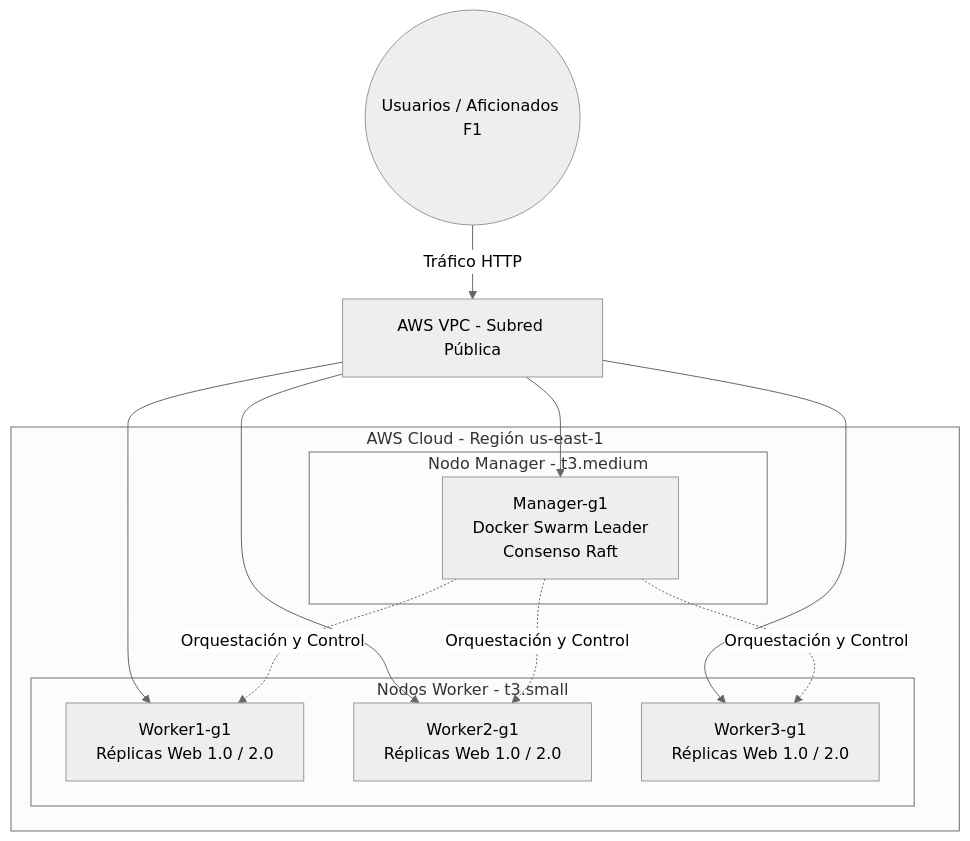
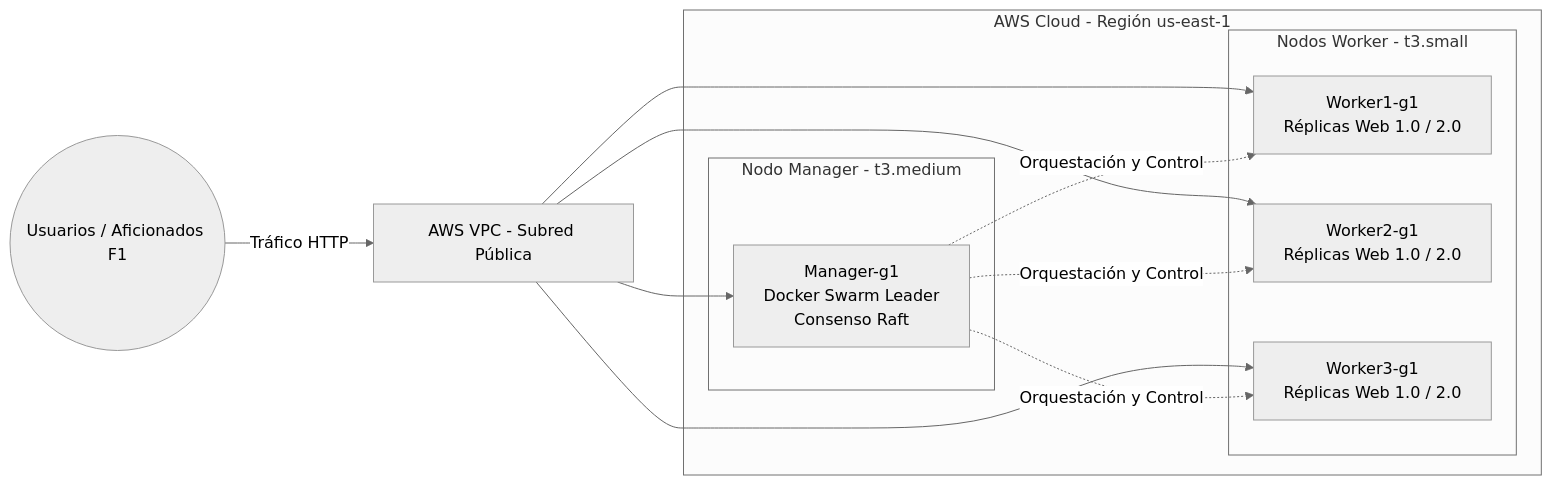
Before and after one commit to roberttgal/Grupo1_Cloud: the diagram in diagramas/diagrama.md, drawn with Mermaid (neutral theme).

Commit message:
Change diagram direction from TD to LR

````diff
--- a/diagramas/diagrama.md
+++ b/diagramas/diagrama.md
@@ -3,24 +3,24 @@
 ```mermaid
-graph TD
+graph LR
     Client((Usuarios / Aficionados F1)) -->|Tráfico HTTP| VPC[AWS VPC - Subred Pública]
     
     subgraph AWS Cloud - Región us-east-1
         subgraph Nodo Manager - t3.medium
             M1[Manager-g1 <br/> Docker Swarm Leader <br/> Consenso Raft]
         end
         
         subgraph Nodos Worker - t3.small
             W1[Worker1-g1 <br/> Réplicas Web 1.0 / 2.0]
             W2[Worker2-g1 <br/> Réplicas Web 1.0 / 2.0]
             W3[Worker3-g1 <br/> Réplicas Web 1.0 / 2.0]
         end
     end
 
     VPC --> M1
     VPC --> W1
     VPC --> W2
     VPC --> W3
     M1 -.->|Orquestación y Control| W1
     M1 -.->|Orquestación y Control| W2
     M1 -.->|Orquestación y Control| W3
 ```
````
